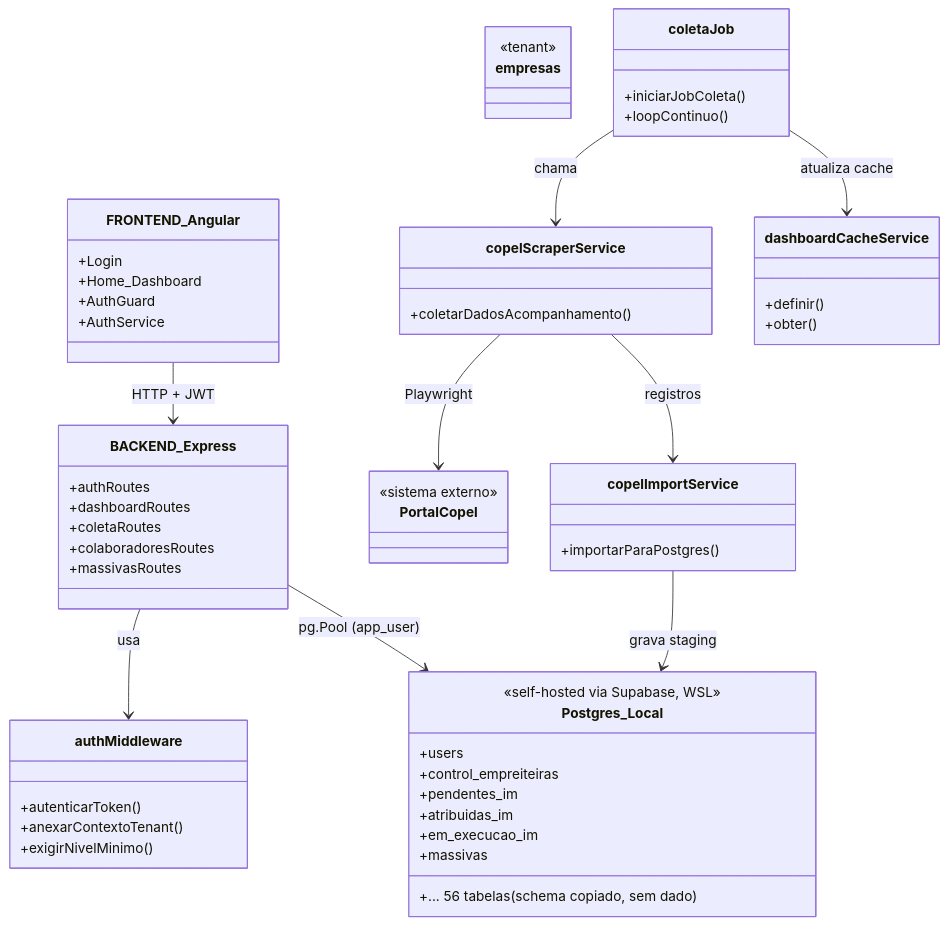
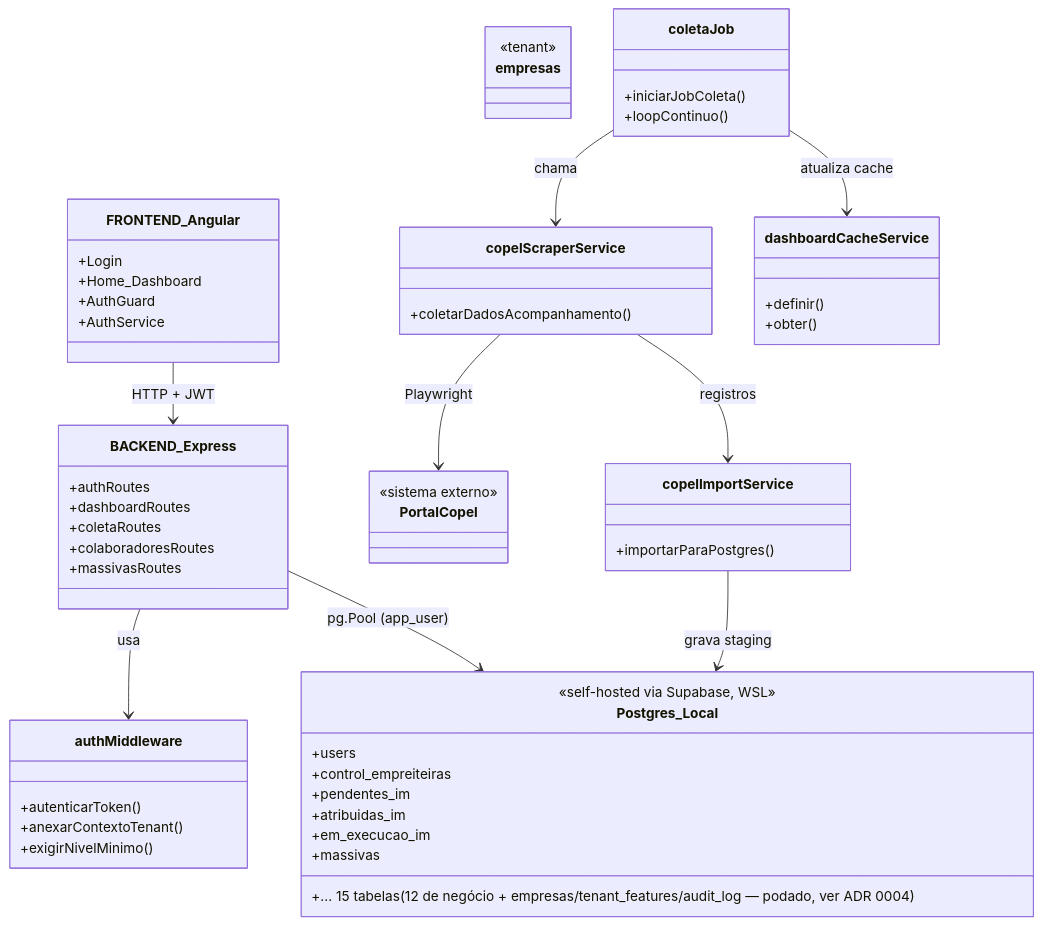
The first of 2 diagrams in docs/ARQUITETURA.md (codexatechinfo/eye_of_god), drawn with Mermaid before and after one commit. The commit also changed other lines of this file and 6 other files, not shown here.

First line of the commit message:
docs: registra a poda de tabelas nao usadas no banco local (ADR 0004)

````diff
--- a/docs/ARQUITETURA.md
+++ b/docs/ARQUITETURA.md
@@ -16,60 +16,60 @@
 ```mermaid
 classDiagram
   class FRONTEND_Angular {
     +Login
     +Home_Dashboard
     +AuthGuard
     +AuthService
   }
   class BACKEND_Express {
     +authRoutes
     +dashboardRoutes
     +coletaRoutes
     +colaboradoresRoutes
     +massivasRoutes
   }
   class authMiddleware {
     +autenticarToken()
     +anexarContextoTenant()
     +exigirNivelMinimo()
   }
   class empresas {
     <<tenant>>
   }
   class coletaJob {
     +iniciarJobColeta()
     +loopContinuo()
   }
   class copelScraperService {
     +coletarDadosAcompanhamento()
   }
   class copelImportService {
     +importarParaPostgres()
   }
   class dashboardCacheService {
     +definir()
     +obter()
   }
   class PortalCopel {
     <<sistema externo>>
   }
   class Postgres_Local {
     <<self-hosted via Supabase, WSL>>
     +users
     +control_empreiteiras
     +pendentes_im
     +atribuidas_im
     +em_execucao_im
     +massivas
-    +... 56 tabelas (schema copiado, sem dado)
+    +... 15 tabelas (12 de negócio + empresas/tenant_features/audit_log — podado, ver ADR 0004)
   }
 
   FRONTEND_Angular --> BACKEND_Express : HTTP + JWT
   BACKEND_Express --> authMiddleware : usa
   BACKEND_Express --> Postgres_Local : pg.Pool (app_user)
   coletaJob --> copelScraperService : chama
   copelScraperService --> PortalCopel : Playwright
   copelScraperService --> copelImportService : registros
   copelImportService --> Postgres_Local : grava staging
   coletaJob --> dashboardCacheService : atualiza cache
 ```
````
